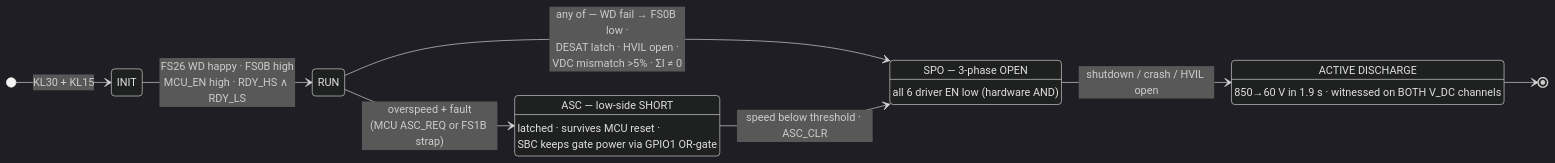
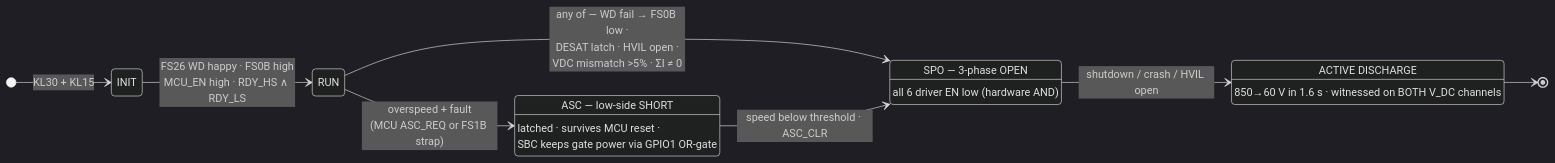
One commit to vectivolt/Traction-Inverter-GEN-1 changed the third of 9 diagrams in README.md. Above: the diagram before and after it, drawn with Mermaid (dark theme). The commit also changed other lines of this file and 61 other files, not shown here.

````diff
--- a/README.md
+++ b/README.md
@@ -211,17 +213,17 @@
 ```mermaid
 stateDiagram-v2
     direction LR
     [*] --> INIT : KL30 + KL15
     INIT --> RUN : FS26 WD happy · FS0B high<br/>MCU_EN high · RDY_HS ∧ RDY_LS
     RUN --> SPO : any of — WD fail → FS0B low ·<br/>DESAT latch · HVIL open ·<br/>VDC mismatch >5% · ΣI ≠ 0
     RUN --> ASC : overspeed + fault<br/>(MCU ASC_REQ or FS1B strap)
     SPO : SPO — 3-phase OPEN
     SPO : all 6 driver EN low (hardware AND)
     ASC : ASC — low-side SHORT
     ASC : latched · survives MCU reset ·<br/>SBC keeps gate power via GPIO1 OR-gate
     ASC --> SPO : speed below threshold · ASC_CLR
     SPO --> DISCHG : shutdown / crash / HVIL open
     DISCHG : ACTIVE DISCHARGE
-    DISCHG : 850→60 V in 1.9 s · witnessed on BOTH V_DC channels
+    DISCHG : 850→60 V in 1.6 s · witnessed on BOTH V_DC channels
     DISCHG --> [*]
 ```
````
